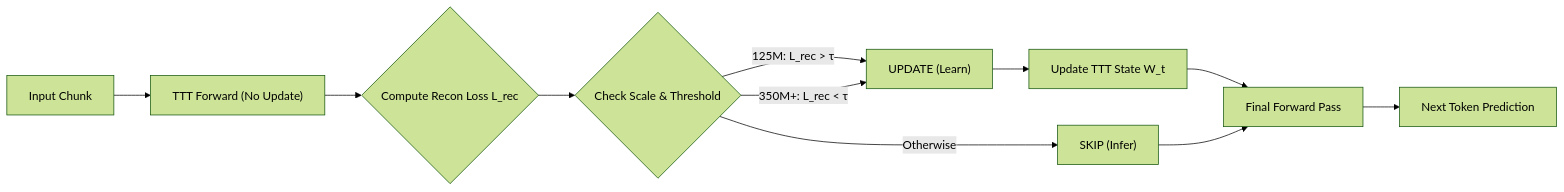
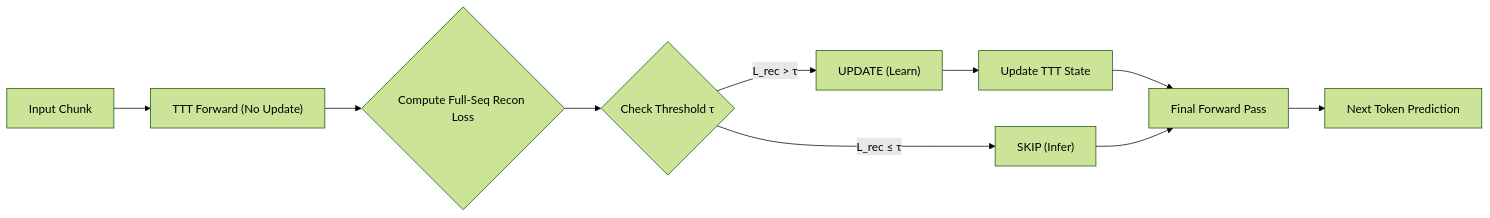
One commit to deveworld/ponderTTT changed the diagram in README.md. Above: the diagram before and after it, drawn with Mermaid (forest theme). The commit also changed other lines of this file, not shown here.

First line of the commit message:
docs: update with Full-Seq gating results

````diff
--- a/README.md
+++ b/README.md
@@ -15,13 +15,12 @@
 ```mermaid
 graph LR
     A[Input Chunk] --> B["TTT Forward (No Update)"]
-    B --> C{Compute Recon Loss L_rec}
-    C --> D{Check Scale & Threshold}
-    D -- "125M: L_rec > τ" --> E["UPDATE (Learn)"]
-    D -- "350M+: L_rec < τ" --> E
-    D -- "Otherwise" --> F["SKIP (Infer)"]
-    E --> G[Update TTT State W_t]
+    B --> C{Compute Full-Seq Recon Loss}
+    C --> D{Check Threshold τ}
+    D -- "L_rec > τ" --> E["UPDATE (Learn)"]
+    D -- "L_rec ≤ τ" --> F["SKIP (Infer)"]
+    E --> G[Update TTT State]
     G --> H[Final Forward Pass]
     F --> H
     H --> I[Next Token Prediction]
 ```
````
